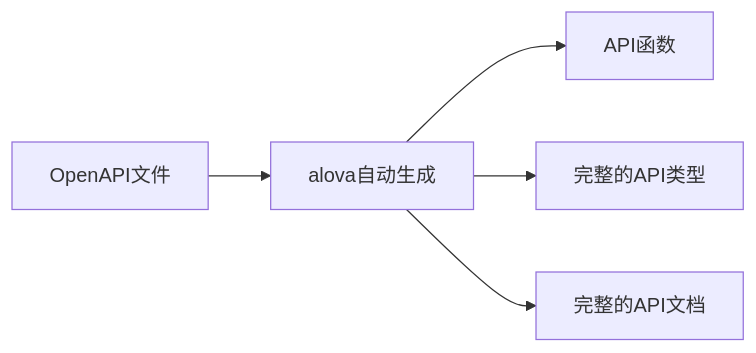
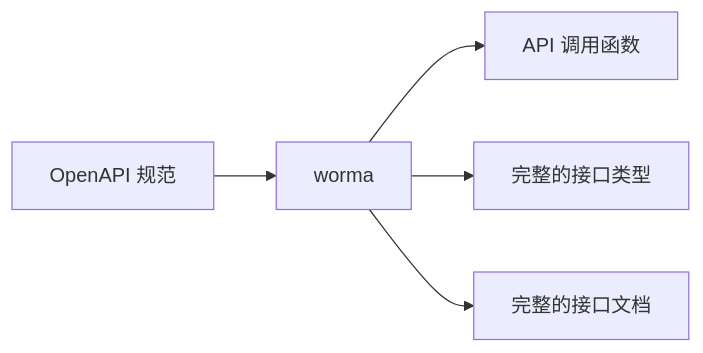
One commit to alovajs/alovajs.github.io changed the first of 2 diagrams in i18n/zh-CN/docusaurus-plugin-content-docs/current/tutorial/02-getting-started/01-introduce.md. Above: the diagram before and after it, drawn with Mermaid. The commit also changed other lines of this file and 170 other files, not shown here.

````diff
--- a/i18n/zh-CN/docusaurus-plugin-content-docs/current/tutorial/02-getting-started/01-introduce.md
+++ b/i18n/zh-CN/docusaurus-plugin-content-docs/current/tutorial/02-getting-started/01-introduce.md
@@ -408,6 +59,6 @@
 ```mermaid
 flowchart LR
-R1[OpenAPI文件] --> S1[alova自动生成] --> W1[API函数]
-S1[alova自动生成] --> W2[完整的API类型]
-S1[alova自动生成] --> W3[完整的API文档]
+R1[OpenAPI 规范] --> S1[worma] --> W1[API 调用函数]
+S1[worma] --> W2[完整的接口类型]
+S1[worma] --> W3[完整的接口文档]
 ```
````
